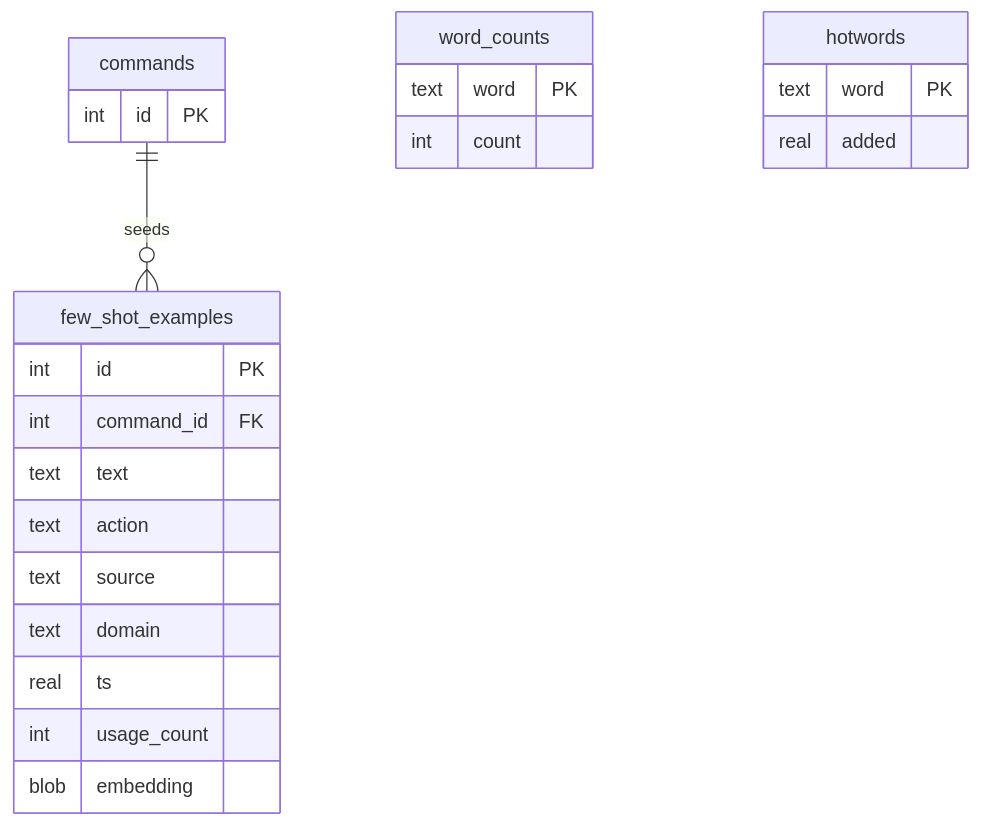
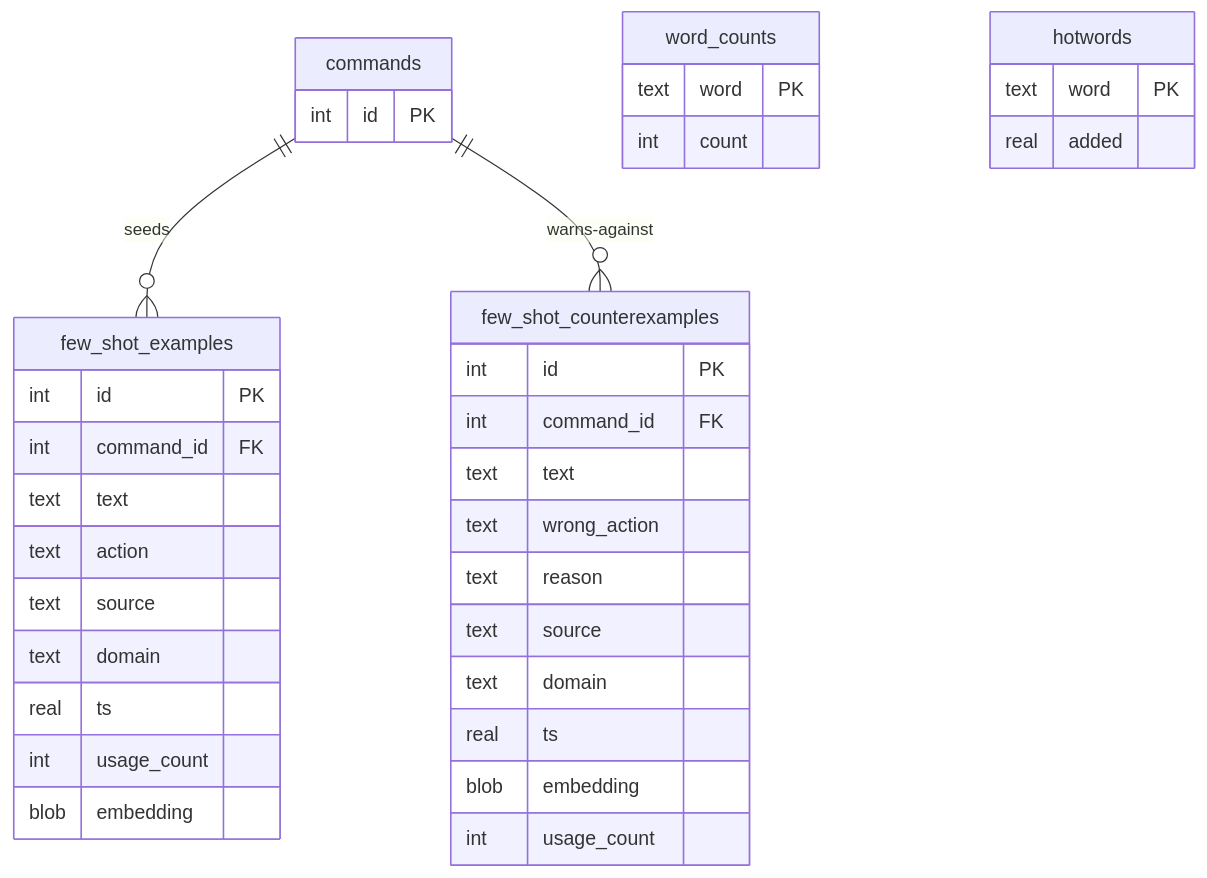
One commit to Bradly187/Personal-Desktop-Agent changed the third of 14 diagrams in docs/architecture/database-design.md. Above: the diagram before and after it, drawn with Mermaid. The commit also changed other lines of this file, not shown here.

Commit message:
docs(db): refresh ER diagrams to 39 tables (schema v5)
Reflect the v3→v5 schema changes from this branch in
docs/architecture/database-design.md:

- v4: inferences.prompt column (full prompt text for fine-tuning capture) —
  added to the §11.2 inferences entity.
- v5: few_shot_counterexamples table (negative few-shot store) — added to the
  §11.1 overview, the §11.3 Group B diagram with full column list, the
  commands "warns-against" relationship, and a prose paragraph explaining the
  pipeline_failure / user_correction sources and "do NOT produce" prompt
  injection.

Table count 38 → 39; §12 version note updated to v5 with the v4/v5 deltas.

````diff
--- a/docs/architecture/database-design.md
+++ b/docs/architecture/database-design.md
@@ -320,24 +322,37 @@
 ```mermaid
 erDiagram
     commands ||--o{ few_shot_examples : "seeds"
+    commands ||--o{ few_shot_counterexamples : "warns-against"
     commands { int id PK }
     few_shot_examples {
         int id PK
         int command_id FK
         text text
         text action
         text source
         text domain
         real ts
         int usage_count
         blob embedding
     }
+    few_shot_counterexamples {
+        int id PK
+        int command_id FK
+        text text
+        text wrong_action
+        text reason
+        text source
+        text domain
+        real ts
+        blob embedding
+        int usage_count
+    }
     word_counts {
         text word PK
         int count
     }
     hotwords {
         text word PK
         real added
     }
 ```
````
